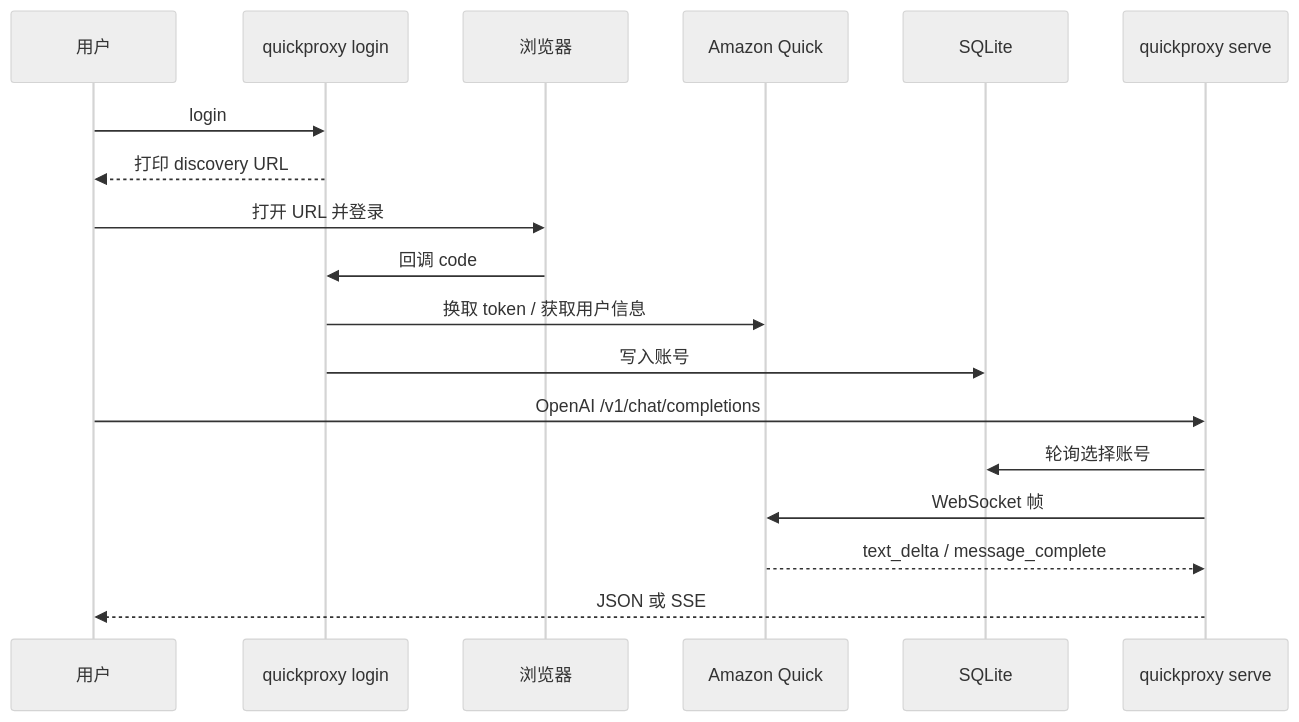
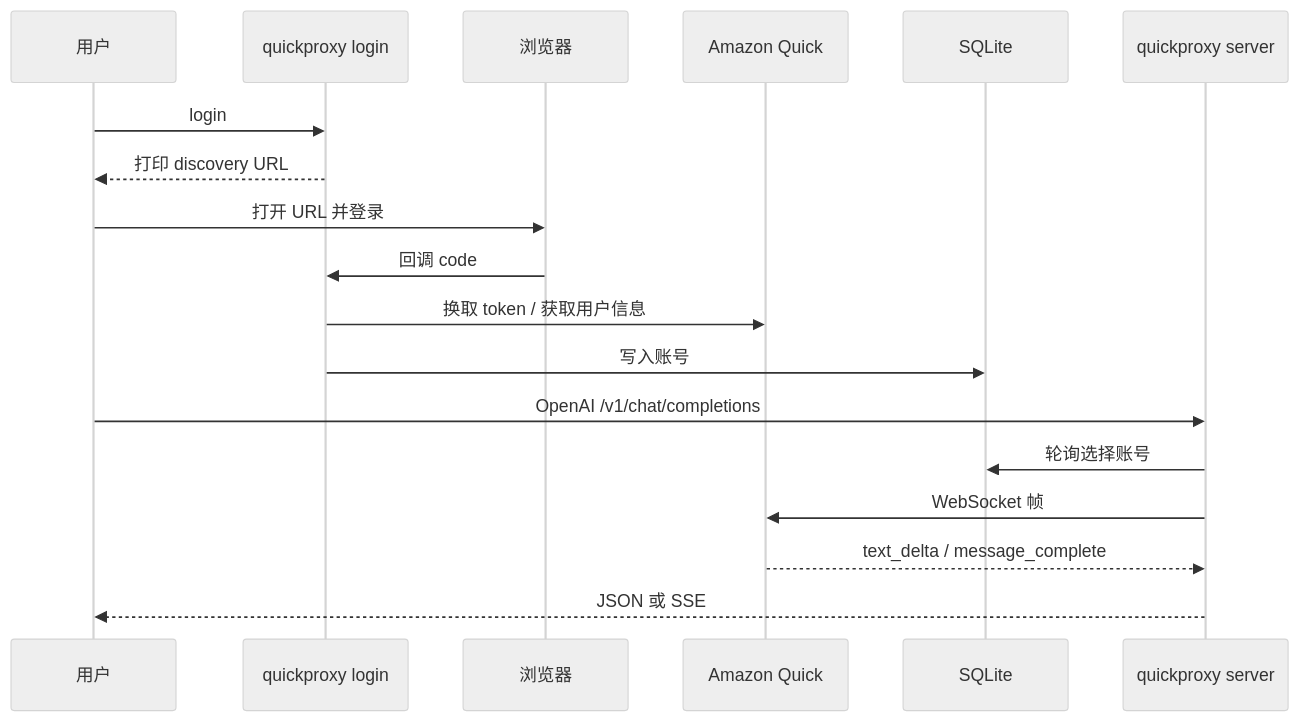
The diagram in README.md (Elm-Forest/aws-quickwork-2api), drawn with Mermaid (neutral theme) before and after one commit. The commit also changed other lines of this file and 6 other files, not shown here.

````diff
--- a/README.md
+++ b/README.md
@@ -234,21 +233,21 @@
 ```mermaid
 sequenceDiagram
     participant U as 用户
     participant CLI as quickproxy login
     participant B as 浏览器
     participant Q as Amazon Quick
     participant DB as SQLite
-    participant P as quickproxy serve
+    participant P as quickproxy server
 
     U->>CLI: login
     CLI-->>U: 打印 discovery URL
     U->>B: 打开 URL 并登录
     B->>CLI: 回调 code
     CLI->>Q: 换取 token / 获取用户信息
     CLI->>DB: 写入账号
     U->>P: OpenAI /v1/chat/completions
     P->>DB: 轮询选择账号
     P->>Q: WebSocket 帧
     Q-->>P: text_delta / message_complete
     P-->>U: JSON 或 SSE
 ```
````
